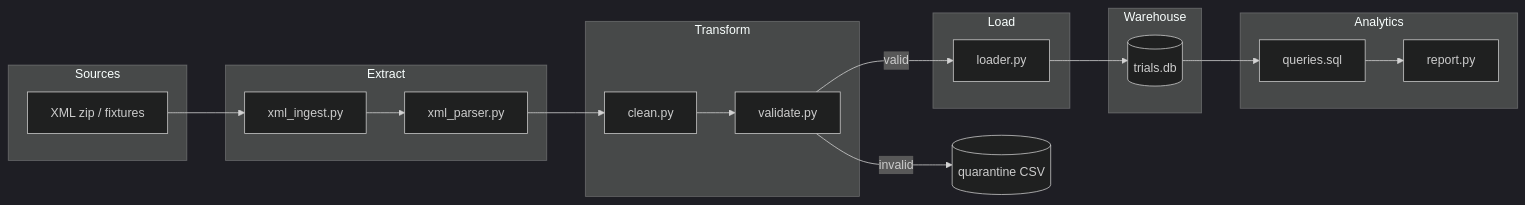
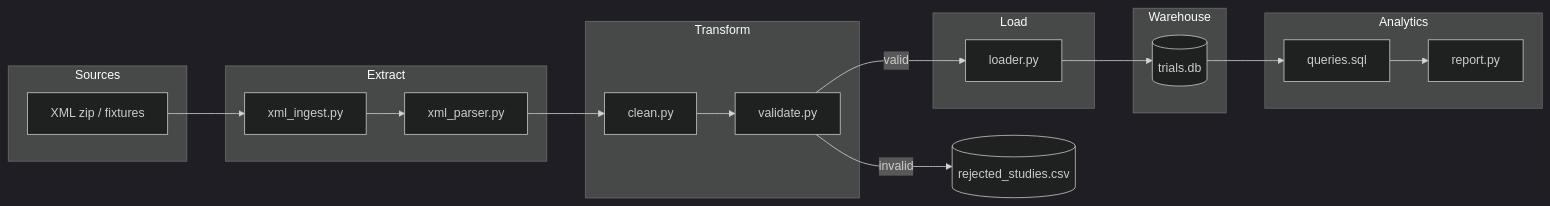
Before and after one commit to Nadia365/MIGx_test_coding_challenge: the diagram in README.md, drawn with Mermaid (dark theme). The commit also changed other lines of this file, not shown here.

````diff
--- a/README.md
+++ b/README.md
@@ -67,37 +28,37 @@
 ```mermaid
 flowchart LR
     subgraph sources [Sources]
         XML["XML zip / fixtures"]
     end
 
     subgraph extract [Extract]
+        ingest[xml_ingest.py]
         parser[xml_parser.py]
-        ingest[xml_ingest.py]
     end
 
     subgraph transform [Transform]
         clean[clean.py]
         validate[validate.py]
     end
 
     subgraph load [Load]
         loader[loader.py]
     end
 
     subgraph warehouse [Warehouse]
         DB[(trials.db)]
     end
 
     subgraph analytics [Analytics]
         sql[queries.sql]
         report[report.py]
     end
 
-    quarantine[(quarantine CSV)]
+    quarantine[(rejected_studies.csv)]
 
     XML --> ingest --> parser
     parser --> clean --> validate
     validate -->|invalid| quarantine
     validate -->|valid| loader --> DB
     DB --> sql --> report
 ```
````
